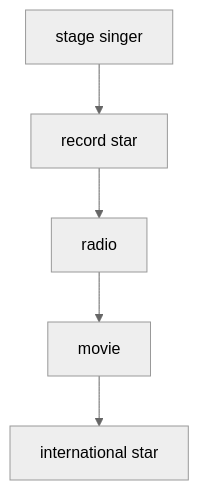
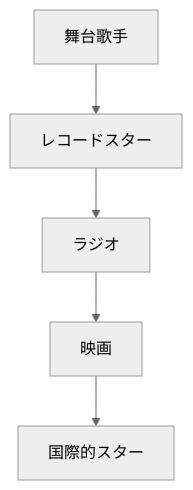
Before and after one commit to monumental-movement/monumental-movement.github.io: the fourth of 6 diagrams in en/_posts/2026-05-16-column-carlos-gardel.md, drawn with Mermaid (neutral theme). The commit also changed other lines of this file and 2196 other files, not shown here.

```diff
--- a/en/_posts/2026-05-16-column-carlos-gardel.md
+++ b/en/_posts/2026-05-16-column-carlos-gardel.md
@@ -204,7 +203,7 @@
 <div class="mermaid">
 graph TD
-A[stage singer] --> B[record star]
-B --> C[radio]
-C --> D[movie]
-D --> E[international star]
+A[舞台歌手] --> B[レコードスター]
+B --> C[ラジオ]
+C --> D[映画]
+D --> E[国際的スター]
 </div>
```
